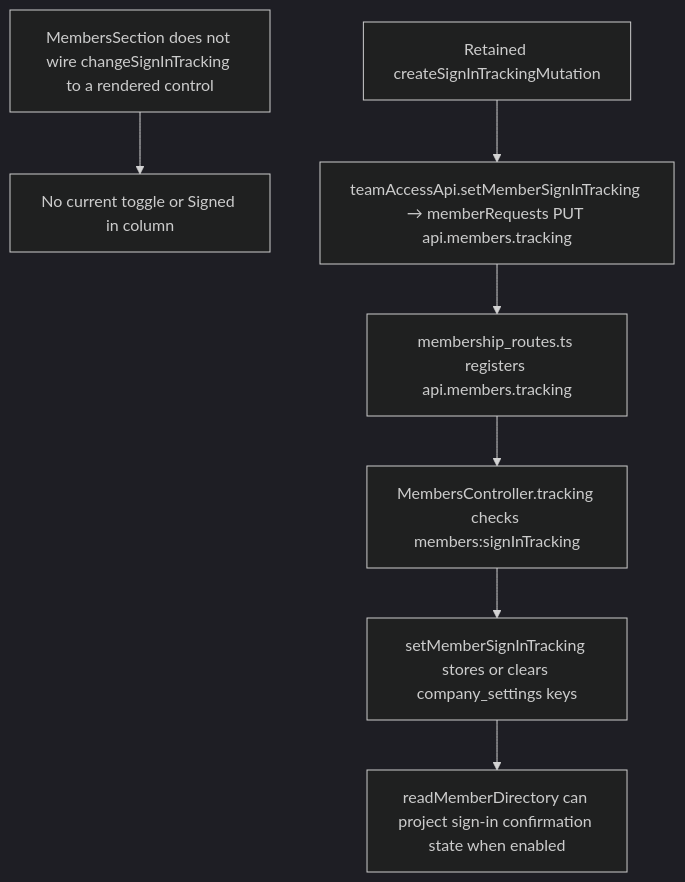
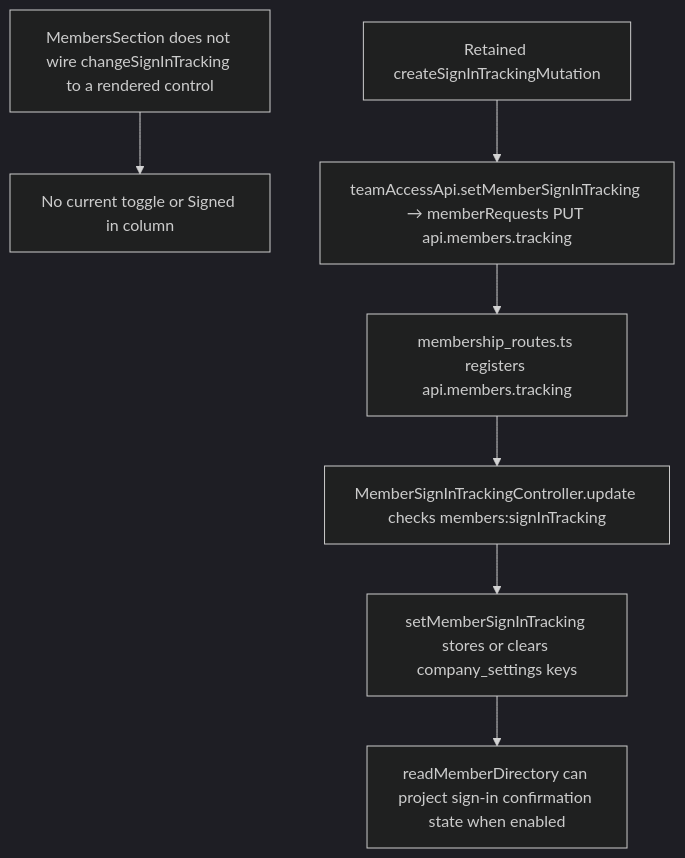
The second of 2 diagrams in user-stories/team/US-TEAM-11-sign-in-tracking.md (Kevinjohn/capacitylens), drawn with Mermaid (dark theme) before and after one commit. The commit also changed other lines of this file and 139 other files, not shown here.

````diff
--- a/user-stories/team/US-TEAM-11-sign-in-tracking.md
+++ b/user-stories/team/US-TEAM-11-sign-in-tracking.md
@@ -33,9 +33,9 @@
 ```mermaid
 flowchart TD
     Screen["MembersSection does not wire changeSignInTracking to a rendered control"] --> NoEntry["No current toggle or Signed in column"]
     Hook["Retained createSignInTrackingMutation"] --> Client["teamAccessApi.setMemberSignInTracking → memberRequests PUT api.members.tracking"]
     Client --> Route["membership_routes.ts registers api.members.tracking"]
-    Route --> Controller["MembersController.tracking checks members:signInTracking"]
+    Route --> Controller["MemberSignInTrackingController.update checks members:signInTracking"]
     Controller --> Service["setMemberSignInTracking stores or clears company_settings keys"]
     Service --> Directory["readMemberDirectory can project sign-in confirmation state when enabled"]
 ```
````
